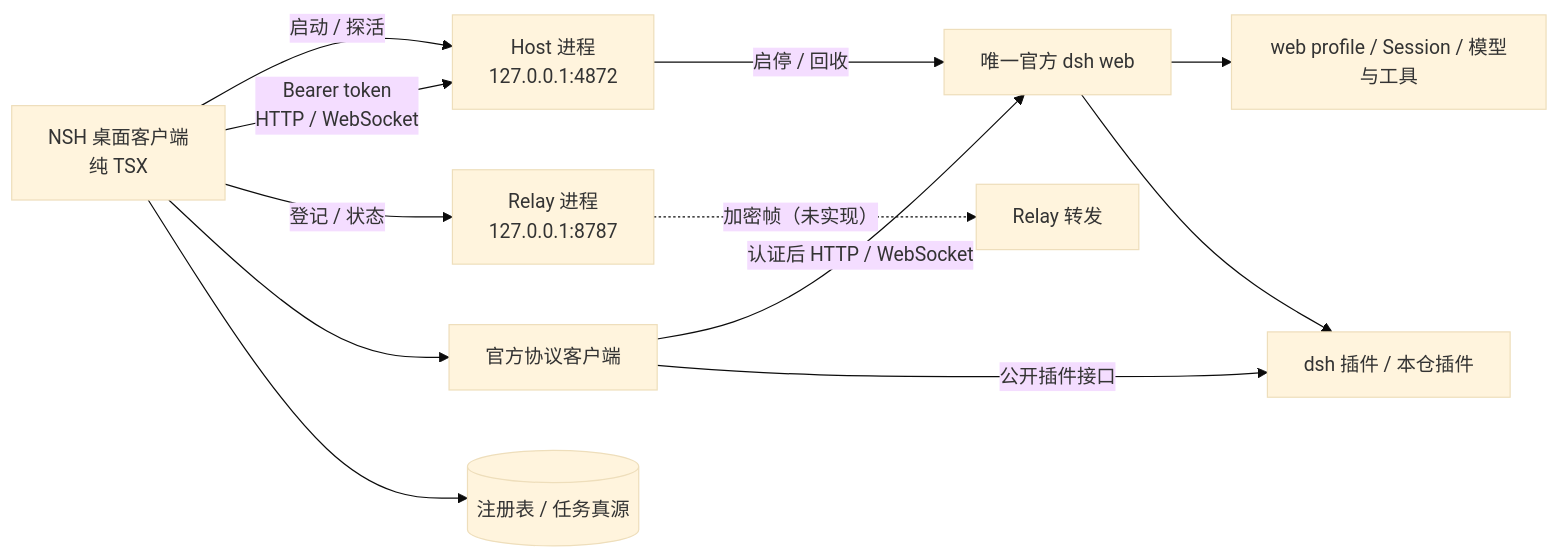
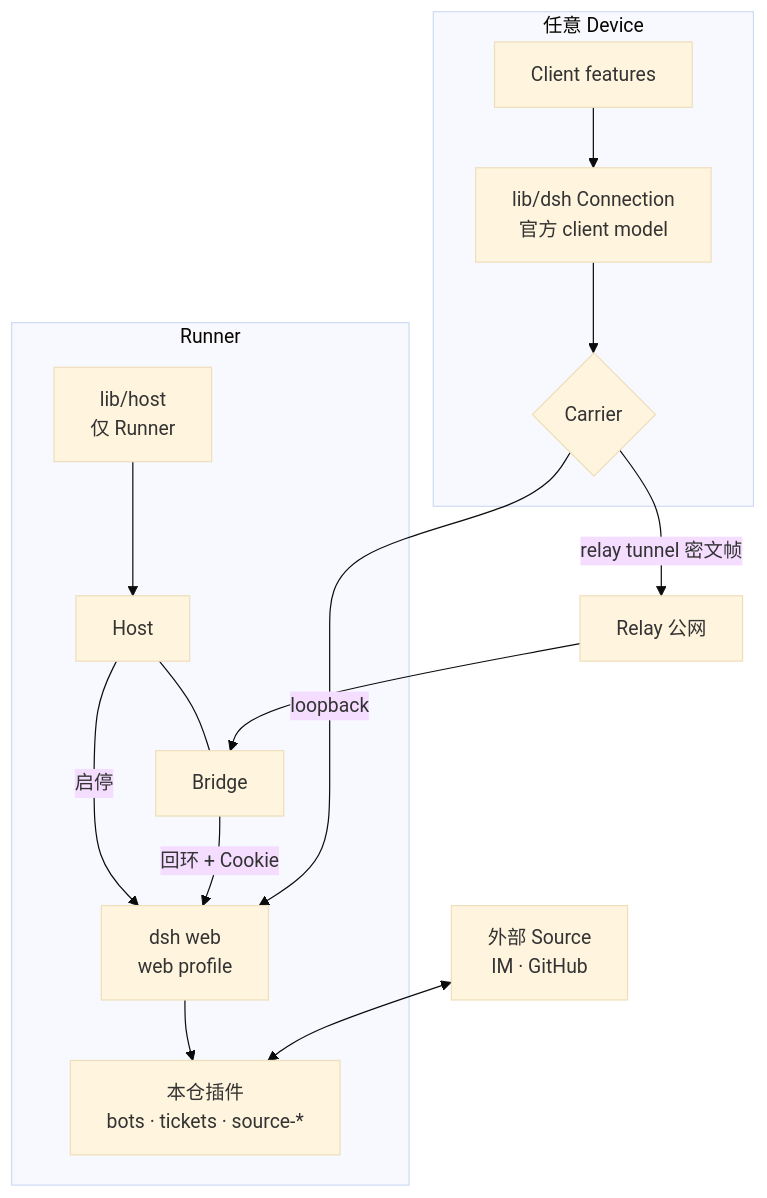
The diagram in docs/ARCHITECTURE.md (aningdev/MyAid), drawn with Mermaid (base theme) before and after one commit. The commit also changed other lines of this file and 47 other files, not shown here.

First line of the commit message:
docs: replan dsh-bot as a personal agent on every device

````diff
--- a/docs/ARCHITECTURE.md
+++ b/docs/ARCHITECTURE.md
@@ -7,14 +17,17 @@
 ```mermaid
-flowchart LR
-    D[NSH 桌面客户端<br/>纯 TSX] -->|启动 / 探活| BH[Host 进程<br/>127.0.0.1:4872]
-    D -->|Bearer token<br/>HTTP / WebSocket| BH
-    D -->|登记 / 状态| BR[Relay 进程<br/>127.0.0.1:8787]
-    BH -->|启停 / 回收| W[唯一官方 dsh web]
-    W --> P[web profile / Session / 模型与工具]
-    D --> C[官方协议客户端]
-    C -->|认证后 HTTP / WebSocket| W
-    D --> B[(注册表 / 任务真源)]
-    C -->|公开插件接口| E[dsh 插件 / 本仓插件]
-    W --> E
-    BR -.->|加密帧（未实现）| R[Relay 转发]
+flowchart TB
+  subgraph Device[任意 Device]
+    UI[Client features] --> DSHC[lib/dsh Connection<br/>官方 client model]
+    DSHC --> CAR{Carrier}
+  end
+  subgraph Runner
+    HOSTC[lib/host<br/>仅 Runner] --> HOST[Host]
+    HOST -->|启停| WEB[dsh web<br/>web profile]
+    BR[Bridge] -->|回环 + Cookie| WEB
+    HOST --- BR
+    WEB --> PLG[本仓插件<br/>bots · tickets · source-*]
+  end
+  CAR -->|loopback| WEB
+  CAR -->|relay tunnel 密文帧| RELAY[Relay 公网] --> BR
+  SRC[外部 Source<br/>IM · GitHub] <--> PLG
 ```
````
